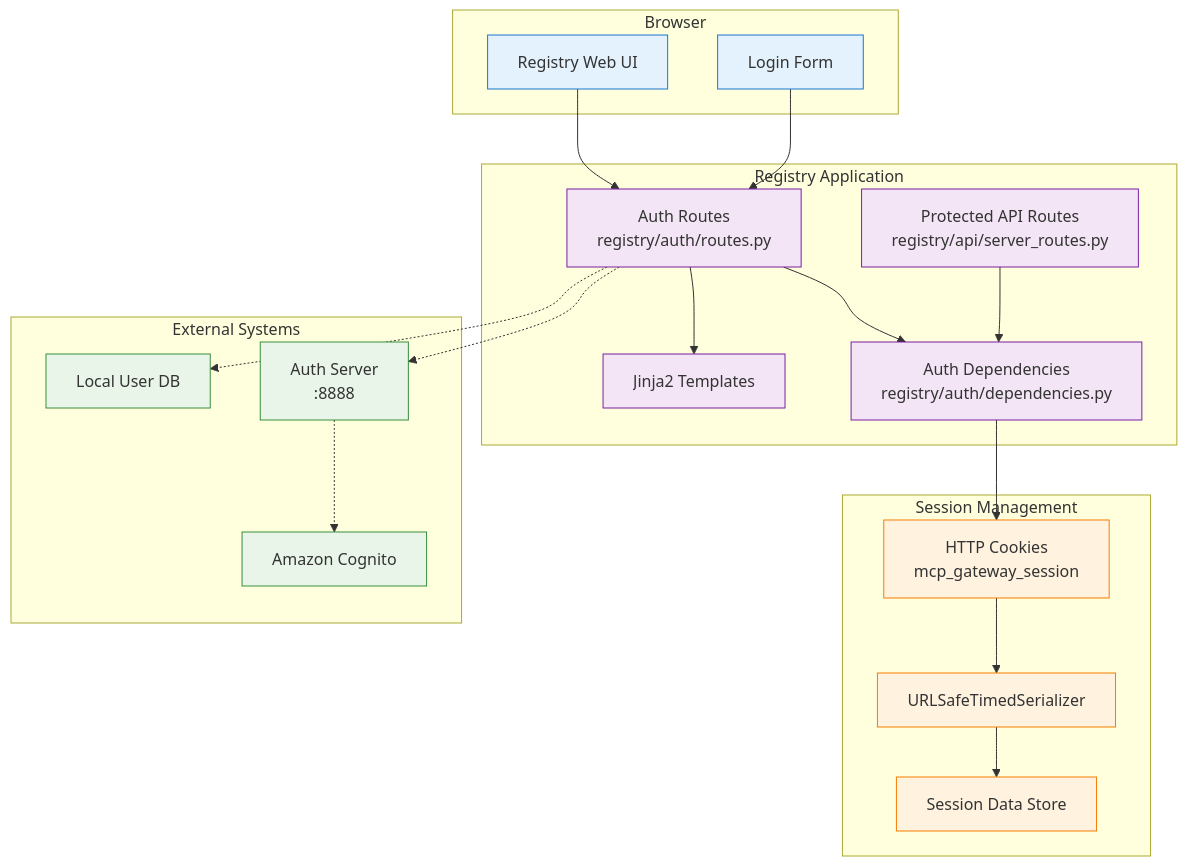
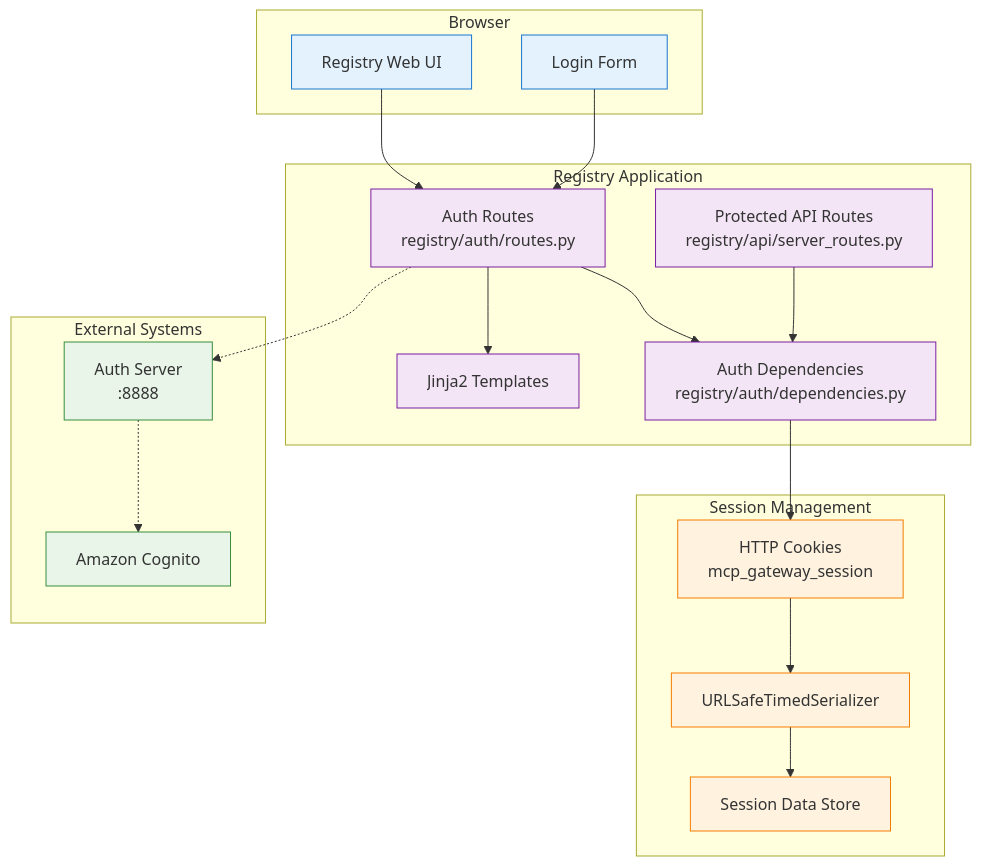
One commit to dheerajoruganty/mcp-gateway-registry changed the first of 7 diagrams in docs/registry-auth-architecture.md. Above: the diagram before and after it, drawn with Mermaid. The commit also changed other lines of this file and 35 other files, not shown here.

Commit message:
remove local user login (#591)

````diff
--- a/docs/registry-auth-architecture.md
+++ b/docs/registry-auth-architecture.md
@@ -38,49 +36,47 @@
 ```mermaid
 graph TB
     subgraph "Browser"
         UI[Registry Web UI]
         LoginForm[Login Form]
     end
     
     subgraph "Registry Application"
         AuthRoutes[Auth Routes<br/>registry/auth/routes.py]
         AuthDeps[Auth Dependencies<br/>registry/auth/dependencies.py]
         ServerRoutes[Protected API Routes<br/>registry/api/server_routes.py]
         Templates[Jinja2 Templates]
     end
     
     subgraph "Session Management"
         Cookies[HTTP Cookies<br/>mcp_gateway_session]
         SessionSigner[URLSafeTimedSerializer]
         Sessions[Session Data Store]
     end
     
     subgraph "External Systems"
         AuthServer[Auth Server<br/>:8888]
         Cognito[Amazon Cognito]
-        LocalAuth[Local User DB]
     end
     
     UI --> AuthRoutes
     LoginForm --> AuthRoutes
     AuthRoutes --> AuthDeps
     AuthRoutes --> Templates
     ServerRoutes --> AuthDeps
     AuthDeps --> Cookies
     Cookies --> SessionSigner
     SessionSigner --> Sessions
     
     AuthRoutes -.-> AuthServer
     AuthServer -.-> Cognito
-    AuthRoutes -.-> LocalAuth
     
     classDef browser fill:#e3f2fd,stroke:#1976d2
     classDef registry fill:#f3e5f5,stroke:#7b1fa2
     classDef session fill:#fff3e0,stroke:#f57c00
     classDef external fill:#e8f5e8,stroke:#388e3c
     
     class UI,LoginForm browser
     class AuthRoutes,AuthDeps,ServerRoutes,Templates registry
     class Cookies,SessionSigner,Sessions session
-    class AuthServer,Cognito,LocalAuth external
+    class AuthServer,Cognito external
 ```
````
